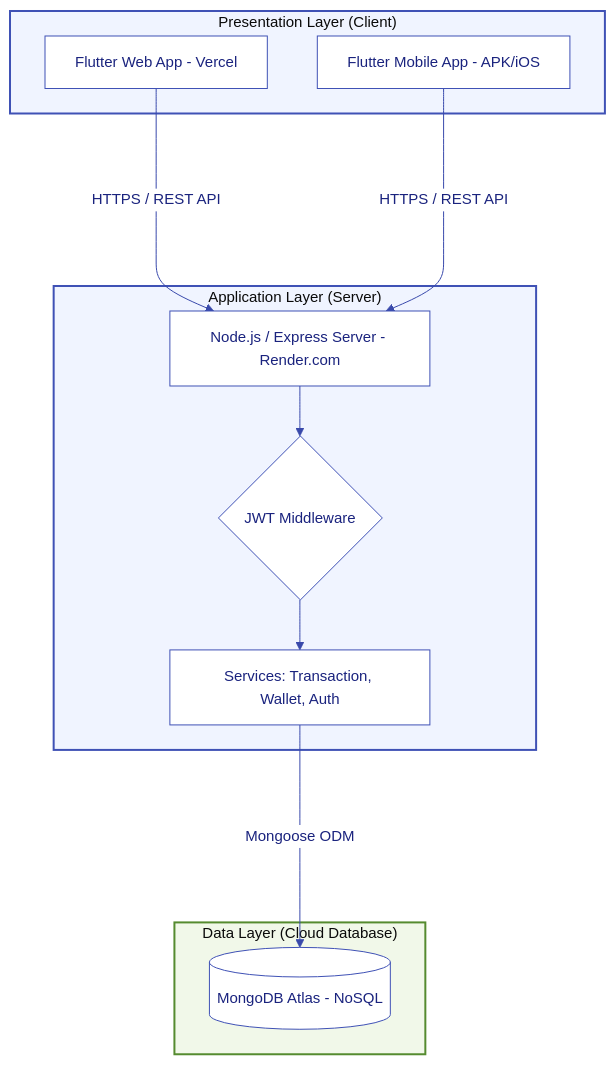
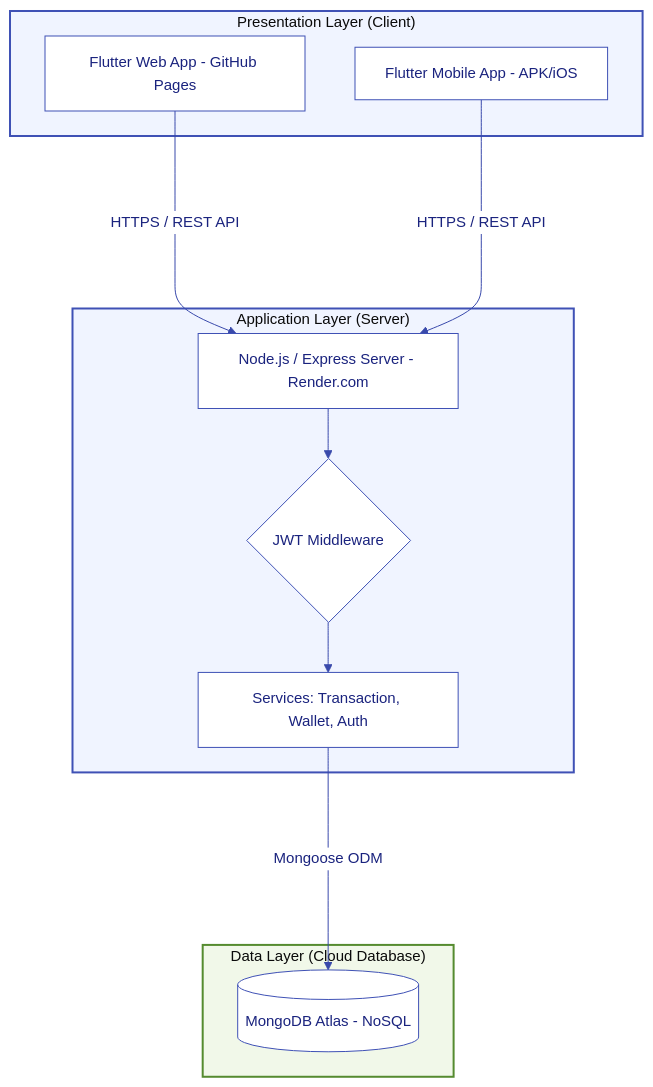
One commit to Minh08012005/SmartSpender changed the diagram in docs/diagrams/shared/3_tier.md. Above: the diagram before and after it, drawn with Mermaid. The commit also changed 8 other files, not shown here.

Commit message:
docs: remove Vercel references; switch docs to GitHub Pages + update CORS examples; remove vercel.json

````diff
--- a/docs/diagrams/shared/3_tier.md
+++ b/docs/diagrams/shared/3_tier.md
@@ -3,46 +3,46 @@
 ```mermaid
 %%{init: {
     'theme': 'base',
     'themeVariables': {
         'primaryColor': '#e8eaf6',
         'primaryTextColor': '#1a237e',
         'primaryBorderColor': '#3f51b5',
         'lineColor': '#3949ab',
         'secondaryColor': '#ffffff',
         'tertiaryColor': '#f5f5f5',
         'mainBkg': '#ffffff',
         'nodeBorder': '#3f51b5',
         'clusterBkg': '#fafafa',
         'clusterBorder': '#7986cb',
         'fontSize': '15px'
     }
 }}%%
 
 graph TD
     subgraph Presentation_Layer ["Presentation Layer (Client)"]
-        A[Flutter Web App - Vercel]
+        A[Flutter Web App - GitHub Pages]
         B[Flutter Mobile App - APK/iOS]
     end
 
     subgraph Application_Layer ["Application Layer (Server)"]
         C[Node.js / Express Server - Render.com]
         D{JWT Middleware}
         E[Services: Transaction, Wallet, Auth]
     end
 
     subgraph Data_Layer ["Data Layer (Cloud Database)"]
         F[(MongoDB Atlas - NoSQL)]
     end
 
     %% Kết nối luồng
     A & B ---->|HTTPS / REST API| C
     C --> D
     D --> E
     E ---->|Mongoose ODM| F
 
     %% Định dạng màu sắc bổ sung cho trực quan
     style Presentation_Layer fill:#f0f4ff,stroke:#3f51b5,stroke-width:2px
     style Application_Layer fill:#f0f4ff,stroke:#3f51b5,stroke-width:2px
     style Data_Layer fill:#f1f8e9,stroke:#558b2f,stroke-width:2px
     style F fill:#ffffff,stroke:#
 ```
````
